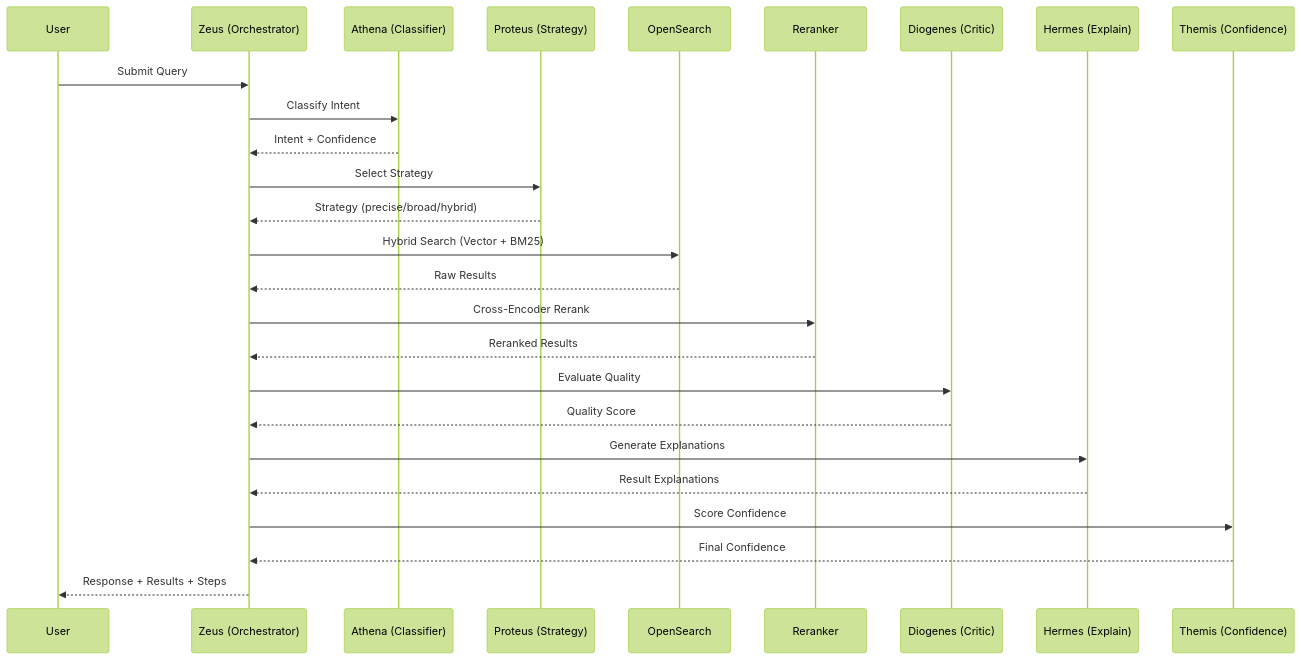
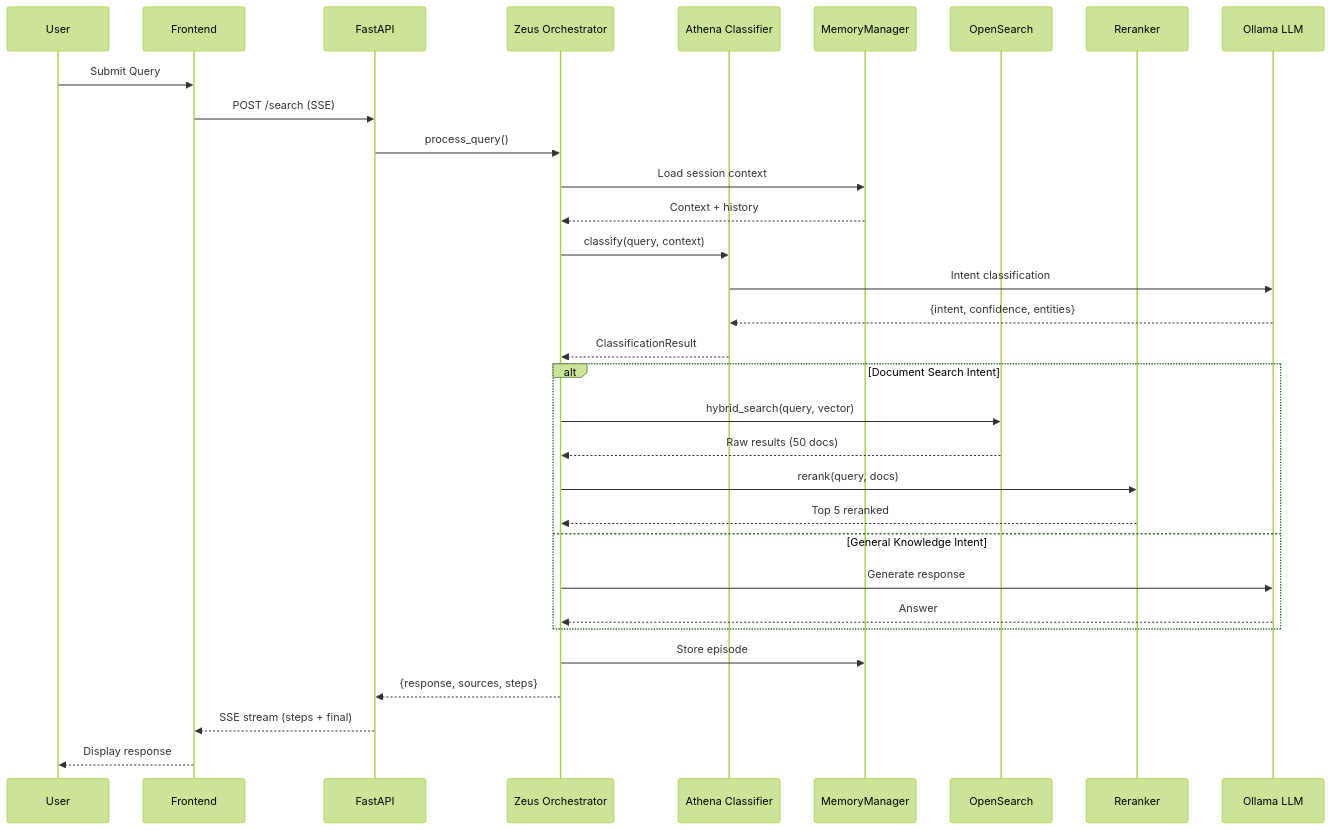
The fourth of 6 diagrams in ARCHITECTURE.md (HalfBloodPrince07/Vantage), drawn with Mermaid (forest theme) before and after one commit. The commit also changed other lines of this file and 1662 other files, not shown here.

Commit message:
Add detailed architecture docs, update landing page with A-Mem, fix chat text visibility

````diff
--- a/ARCHITECTURE.md
+++ b/ARCHITECTURE.md
@@ -161,29 +193,39 @@
 ```mermaid
 sequenceDiagram
     participant U as User
-    participant Z as Zeus (Orchestrator)
-    participant A as Athena (Classifier)
-    participant P as Proteus (Strategy)
-    participant O as OpenSearch
-    participant R as Reranker
-    participant D as Diogenes (Critic)
-    participant H as Hermes (Explain)
-    participant T as Themis (Confidence)
+    participant F as Frontend
+    participant API as FastAPI
+    participant Zeus as Zeus Orchestrator
+    participant Athena as Athena Classifier
+    participant MM as MemoryManager
+    participant OS as OpenSearch
+    participant RR as Reranker
+    participant LLM as Ollama LLM
 
-    U->>Z: Submit Query
-    Z->>A: Classify Intent
-    A-->>Z: Intent + Confidence
-    Z->>P: Select Strategy
-    P-->>Z: Strategy (precise/broad/hybrid)
-    Z->>O: Hybrid Search (Vector + BM25)
-    O-->>Z: Raw Results
-    Z->>R: Cross-Encoder Rerank
-    R-->>Z: Reranked Results
-    Z->>D: Evaluate Quality
-    D-->>Z: Quality Score
-    Z->>H: Generate Explanations
-    H-->>Z: Result Explanations
-    Z->>T: Score Confidence
-    T-->>Z: Final Confidence
-    Z-->>U: Response + Results + Steps
+    U->>F: Submit Query
+    F->>API: POST /search (SSE)
+    API->>Zeus: process_query()
+    
+    Zeus->>MM: Load session context
+    MM-->>Zeus: Context + history
+    
+    Zeus->>Athena: classify(query, context)
+    Athena->>LLM: Intent classification
+    LLM-->>Athena: {intent, confidence, entities}
+    Athena-->>Zeus: ClassificationResult
+    
+    alt Document Search Intent
+        Zeus->>OS: hybrid_search(query, vector)
+        OS-->>Zeus: Raw results (50 docs)
+        Zeus->>RR: rerank(query, docs)
+        RR-->>Zeus: Top 5 reranked
+    else General Knowledge Intent
+        Zeus->>LLM: Generate response
+        LLM-->>Zeus: Answer
+    end
+    
+    Zeus->>MM: Store episode
+    Zeus-->>API: {response, sources, steps}
+    API-->>F: SSE stream (steps + final)
+    F-->>U: Display response
 ```
````
